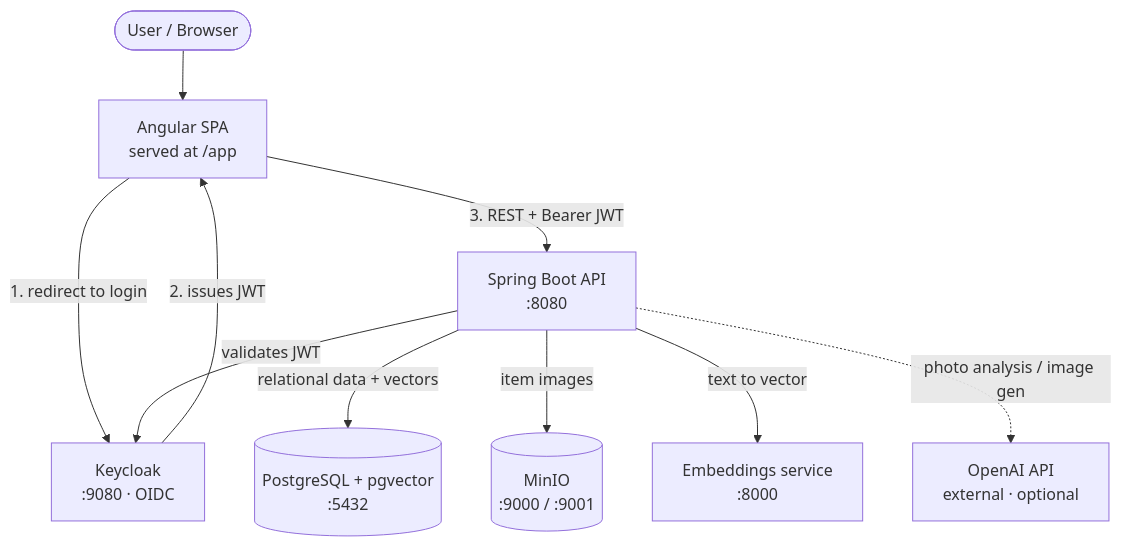
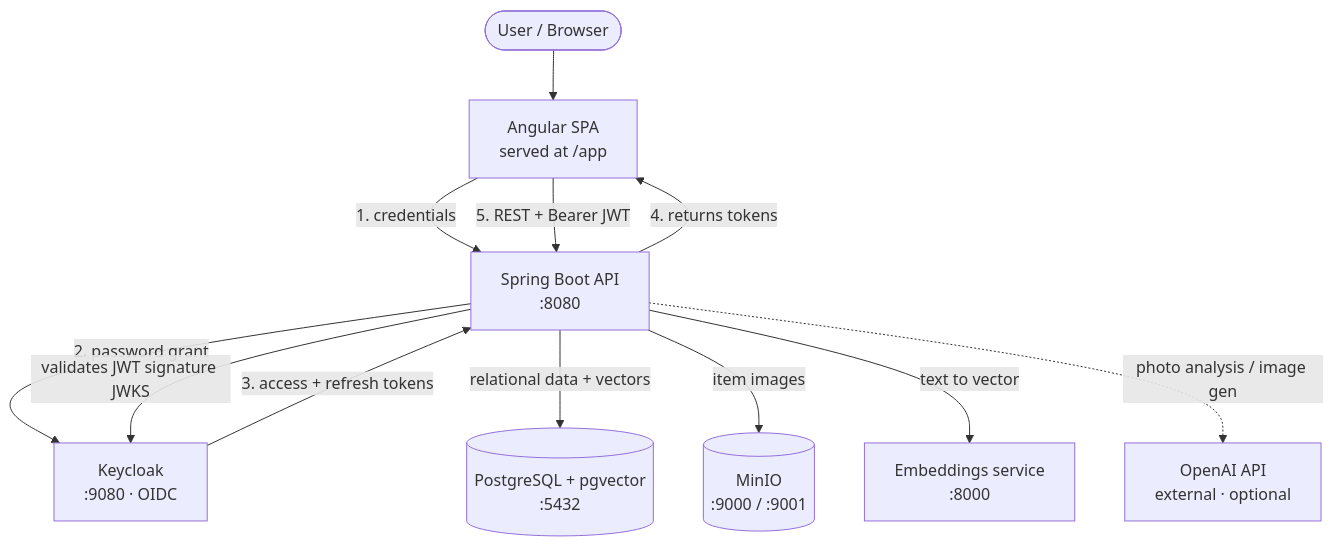
Before and after one commit to munifgebara/cloud-native-java-pipeline: the first of 8 diagrams in docs/build-from-scratch/en.md, drawn with Mermaid. The commit also changed other lines of this file and 7 other files, not shown here.

First line of the commit message:
Fix auth flow (backend-mediated) and add Spanish README

````diff
--- a/docs/build-from-scratch/en.md
+++ b/docs/build-from-scratch/en.md
@@ -17,21 +17,23 @@
 ```mermaid
 flowchart TD
     User([User / Browser])
     SPA[Angular SPA<br/>served at /app]
     API[Spring Boot API<br/>:8080]
     KC[Keycloak<br/>:9080 · OIDC]
     PG[(PostgreSQL + pgvector<br/>:5432)]
     MINIO[(MinIO<br/>:9000 / :9001)]
     EMB[Embeddings service<br/>:8000]
     OPENAI[OpenAI API<br/>external · optional]
 
     User --> SPA
-    SPA -->|1. redirect to login| KC
-    KC -->|2. issues JWT| SPA
-    SPA -->|3. REST + Bearer JWT| API
-    API -->|validates JWT| KC
+    SPA -->|1. credentials| API
+    API -->|2. password grant| KC
+    KC -->|3. access + refresh tokens| API
+    API -->|4. returns tokens| SPA
+    SPA -->|5. REST + Bearer JWT| API
+    API -->|validates JWT signature JWKS| KC
     API -->|relational data + vectors| PG
     API -->|item images| MINIO
     API -->|text to vector| EMB
     API -.->|photo analysis / image gen| OPENAI
 ```
````
